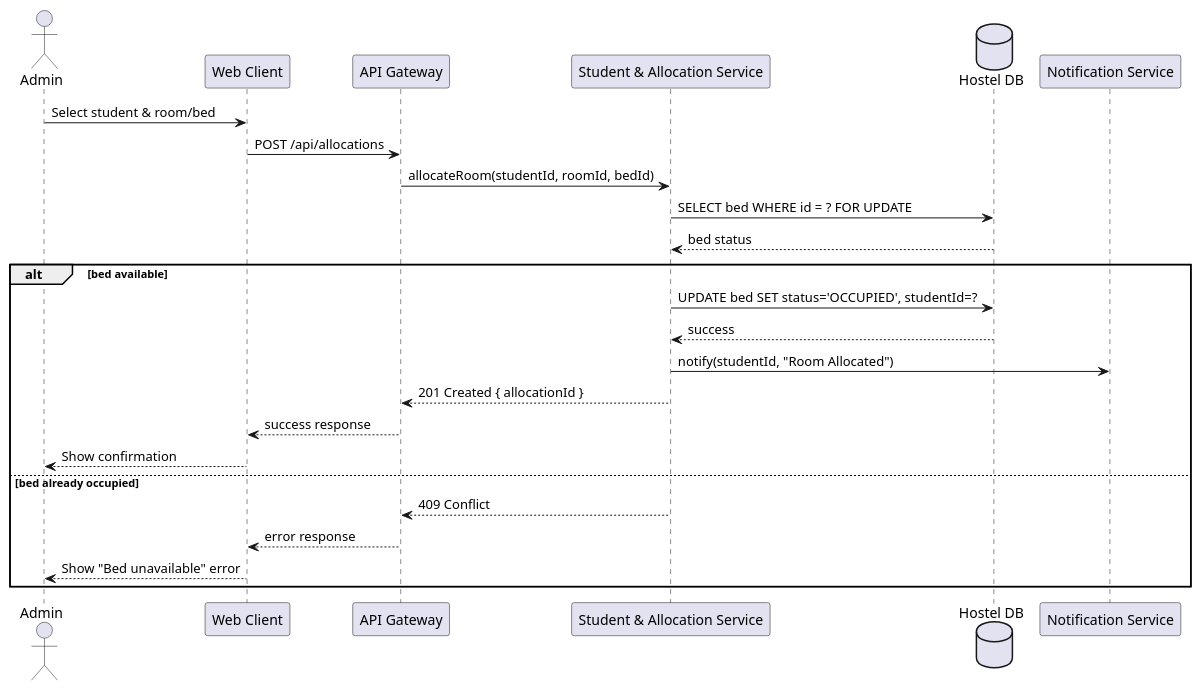
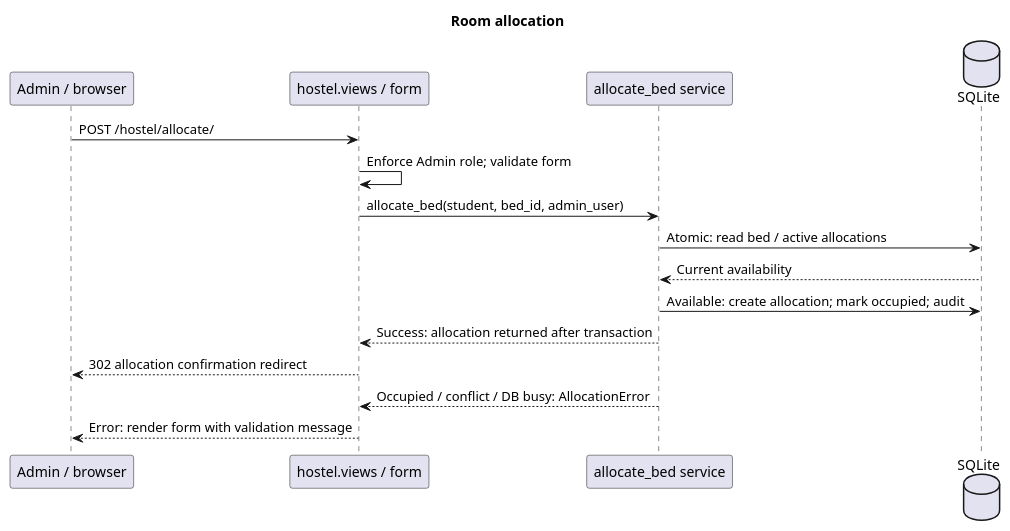
One commit to SruthiVejju/SE_MiniProject changed the diagram in docs/diagrams/src/sequence-room-allocation.puml. Above: the diagram before and after it, drawn with PlantUML. The commit also changed 20 other files, not shown here.

Commit message:
Document implemented architecture and final test results

```diff
--- a/docs/diagrams/src/sequence-room-allocation.puml
+++ b/docs/diagrams/src/sequence-room-allocation.puml
@@ -1,27 +1,17 @@
 @startuml sequence-room-allocation
-actor Admin
-participant "Web Client" as Web
-participant "API Gateway" as GW
-participant "Student & Allocation Service" as StudentSvc
-database "Hostel DB" as DB
-participant "Notification Service" as Notif
-
-Admin -> Web : Select student & room/bed
-Web -> GW : POST /api/allocations
-GW -> StudentSvc : allocateRoom(studentId, roomId, bedId)
-StudentSvc -> DB : SELECT bed WHERE id = ? FOR UPDATE
-DB --> StudentSvc : bed status
-
-alt bed available
-  StudentSvc -> DB : UPDATE bed SET status='OCCUPIED', studentId=?
-  DB --> StudentSvc : success
-  StudentSvc -> Notif : notify(studentId, "Room Allocated")
-  StudentSvc --> GW : 201 Created { allocationId }
-  GW --> Web : success response
-  Web --> Admin : Show confirmation
-else bed already occupied
-  StudentSvc --> GW : 409 Conflict
-  GW --> Web : error response
-  Web --> Admin : Show "Bed unavailable" error
-end
+title Room allocation
+participant "Admin / browser" as P0
+participant "hostel.views / form" as P1
+participant "allocate_bed service" as P2
+database "SQLite" as P3
+P0 -> P1 : POST /hostel/allocate/
+P1 -> P1 : Enforce Admin role; validate form
+P1 -> P2 : allocate_bed(student, bed_id, admin_user)
+P2 -> P3 : Atomic: read bed / active allocations
+P3 --> P2 : Current availability
+P2 -> P3 : Available: create allocation; mark occupied; audit
+P2 --> P1 : Success: allocation returned after transaction
+P1 --> P0 : 302 allocation confirmation redirect
+P2 --> P1 : Occupied / conflict / DB busy: AllocationError
+P1 --> P0 : Error: render form with validation message
 @enduml
```
